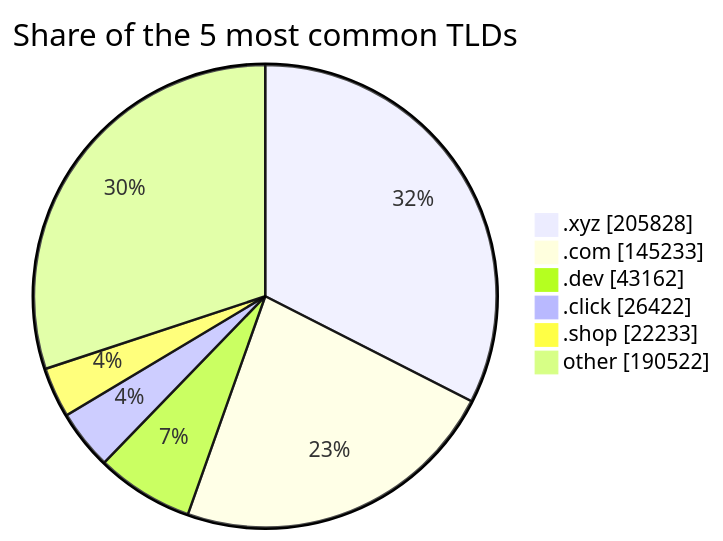
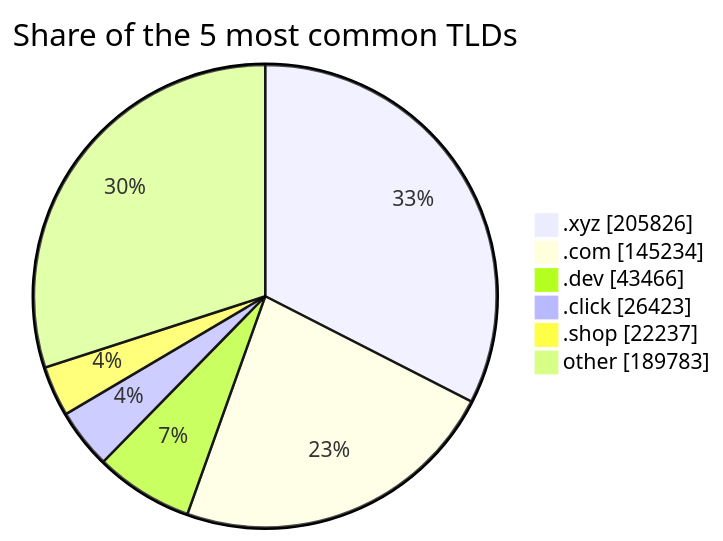
Before and after one commit to DNSBunker/CTI: the third of 3 diagrams in README.md, drawn with Mermaid. The commit also changed other lines of this file and 3 other files, not shown here.

````diff
--- a/README.md
+++ b/README.md
@@ -81,9 +81,9 @@
 ```mermaid
 pie showData title Share of the 5 most common TLDs
-    ".xyz" : 205828
-    ".com" : 145233
-    ".dev" : 43162
-    ".click" : 26422
-    ".shop" : 22233
-    "other" : 190522
+    ".xyz" : 205826
+    ".com" : 145234
+    ".dev" : 43466
+    ".click" : 26423
+    ".shop" : 22237
+    "other" : 189783
 ```
````
